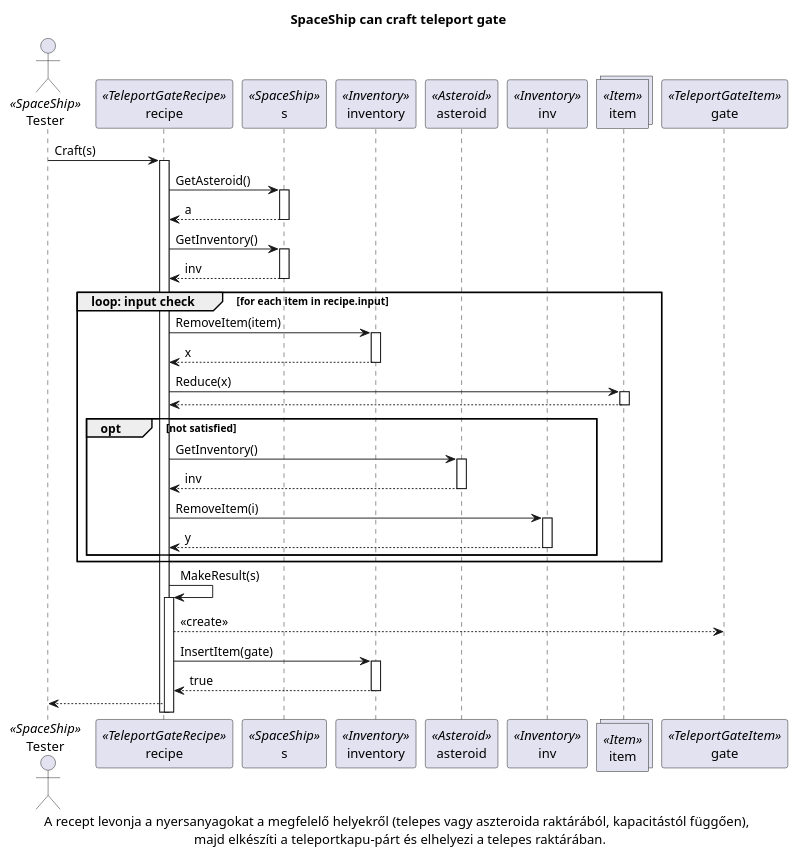
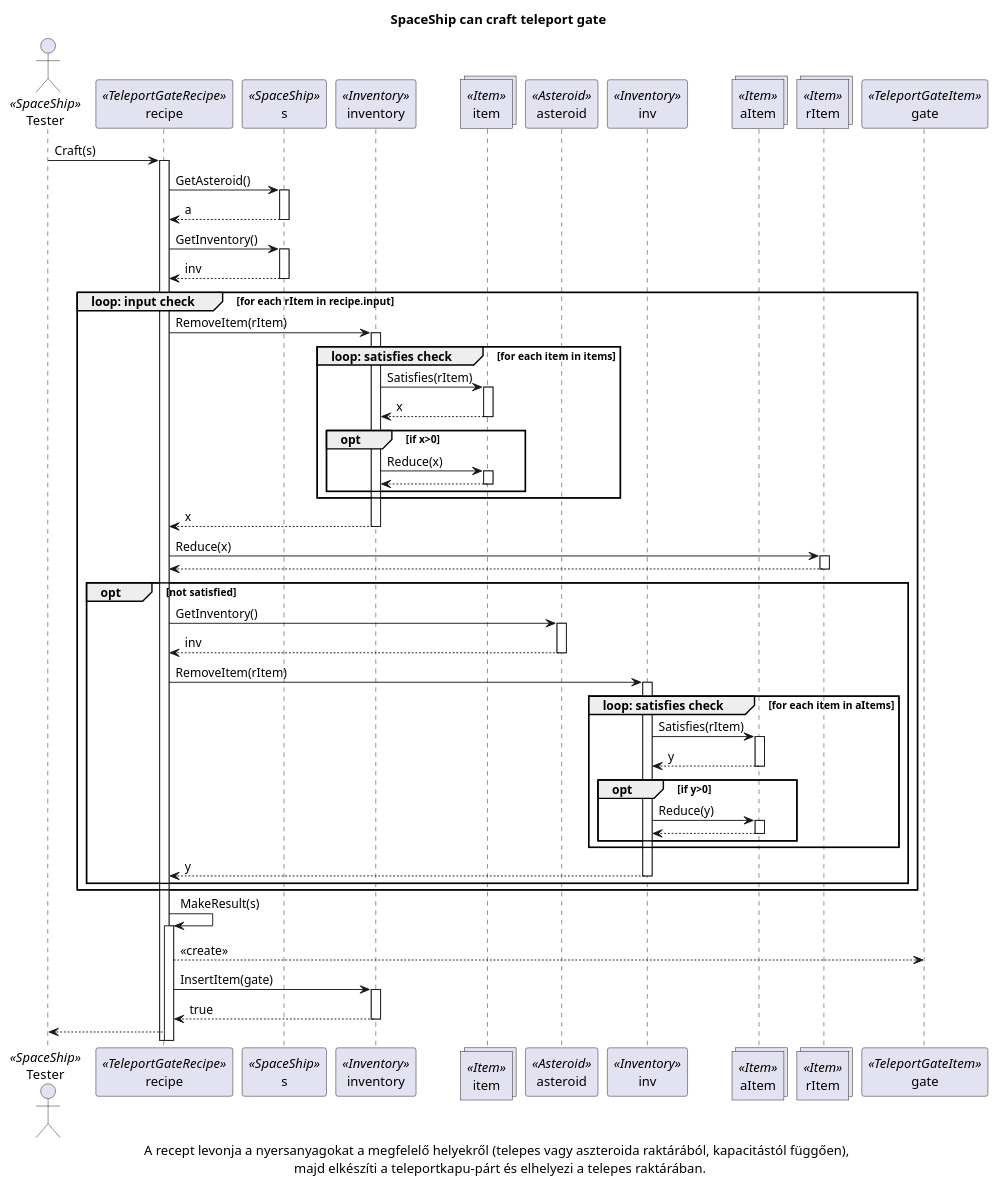
The diagram in docs/Skeleton/diagrams/Craft_teleport_gate/sequence/3. Craft_gate.puml (viseguard-studios/Documentation), drawn with PlantUML before and after one commit. The commit also changed 5 other files, not shown here.

Commit message:
craft uml update

```diff
--- a/docs/Skeleton/diagrams/Craft_teleport_gate/sequence/3. Craft_gate.puml
+++ b/docs/Skeleton/diagrams/Craft_teleport_gate/sequence/3. Craft_gate.puml
@@ -1,48 +1,70 @@
 @startuml
 actor Tester as Tester<<SpaceShip>>
 participant recipe as recipe <<TeleportGateRecipe>>
 participant s as s <<SpaceShip>>
 participant inventory as inventory <<Inventory>>
+collections item as item <<Item>>
 participant asteroid as asteroid <<Asteroid>>
 participant inv as inv <<Inventory>>
-collections item as item <<Item>>
+collections aItem as aItem <<Item>>
+collections rItem as rItem <<Item>>
 participant gate as gate <<TeleportGateItem>>
 
 title SpaceShip can craft teleport gate
 
 Tester-> recipe++: Craft(s)
 
 recipe -> s++: GetAsteroid()
 s --> recipe--: a
 
 recipe -> s++: GetInventory()
 s --> recipe--: inv
 
-group loop: input check[for each item in recipe.input]
+group loop: input check[for each rItem in recipe.input]
 
-    recipe -> inventory++: RemoveItem(item)
+    recipe -> inventory++: RemoveItem(rItem)
+
+    group loop: satisfies check [for each item in items] 
+         inventory -> item++: Satisfies(rItem)
+         item --> inventory--: x
+        group opt [if x>0]
+            inventory -> item++: Reduce(x)
+            item --> inventory--:
+        end
+    end
+
     inventory-->recipe--: x
 
-    recipe -> item++: Reduce(x)
-    item --> recipe--: 
+    recipe -> rItem++: Reduce(x)
+    rItem --> recipe--: 
 
     group opt [not satisfied]
         recipe -> asteroid++: GetInventory()
         asteroid --> recipe--: inv
 
-        recipe -> inv++: RemoveItem(i)
+        recipe -> inv++: RemoveItem(rItem)
+
+            group loop: satisfies check [for each item in aItems] 
+                 inv -> aItem++: Satisfies(rItem)
+                 aItem --> inv--: y
+                group opt [if y>0]
+                      inv -> aItem++: Reduce(y)
+                      aItem --> inv--:
+                 end
+           end
         inv--> recipe--: y
     end
 end
+
 recipe -> recipe++: MakeResult(s)
 
 recipe --> gate: <<create>>
 
 recipe -> inventory++: InsertItem(gate)
 inventory --> recipe--: true
 
 recipe --> Tester: 
 
 caption A recept levonja a nyersanyagokat a megfelelő helyekről (telepes vagy aszteroida raktárából, kapacitástól függően), \n majd elkészíti a teleportkapu-párt és elhelyezi a telepes raktárában.  
 
 @enduml
```
